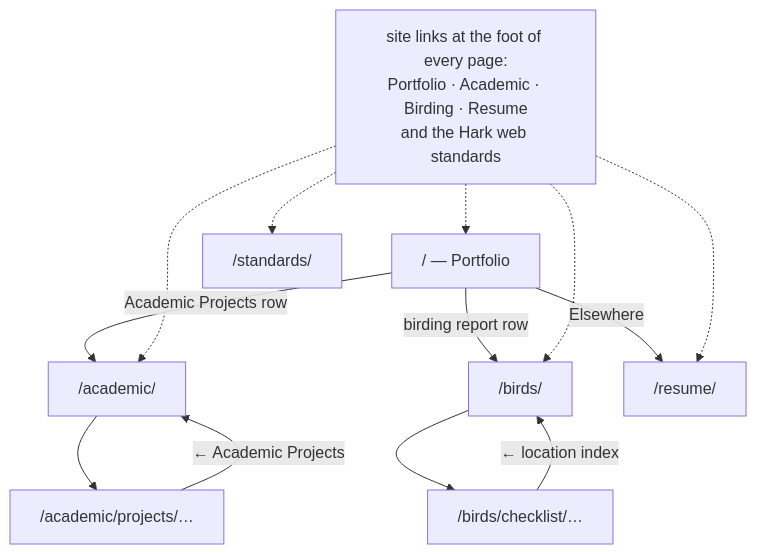
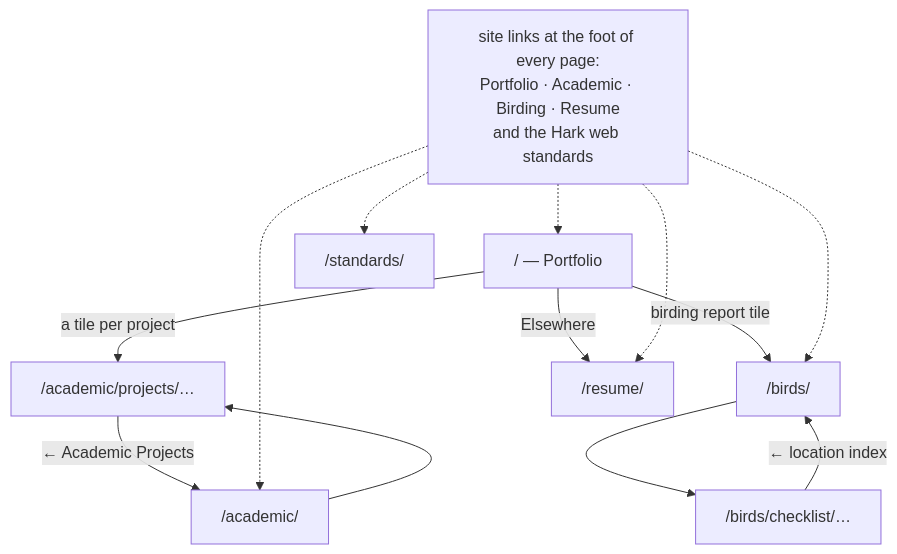
Before and after one commit to felipeharker/hark: the sixth of 6 diagrams in ARCHITECTURE.md, drawn with Mermaid. The commit also changed other lines of this file and 8 other files, not shown here.

First line of the commit message:
Give each academic project its own tile on the front page

````diff
--- a/ARCHITECTURE.md
+++ b/ARCHITECTURE.md
@@ -190,21 +190,21 @@
 ```mermaid
 flowchart TB
   home["/ — Portfolio"]
   acad["/academic/"]
   proj["/academic/projects/…"]
   birds["/birds/"]
   check["/birds/checklist/…"]
   resume["/resume/"]
   std["/standards/"]
 
-  home -- "Academic Projects row" --> acad
-  home -- "birding report row" --> birds
+  home -- "a tile per project" --> proj
+  home -- "birding report tile" --> birds
   home -- "Elsewhere" --> resume
   acad --> proj
   proj -- "← Academic Projects" --> acad
   birds --> check
   check -- "← location index" --> birds
 
   footer["site links at the foot of every page:<br/>Portfolio · Academic · Birding · Resume<br/>and the Hark web standards"]
   footer -.-> home & acad & birds & resume & std
 ```
````
